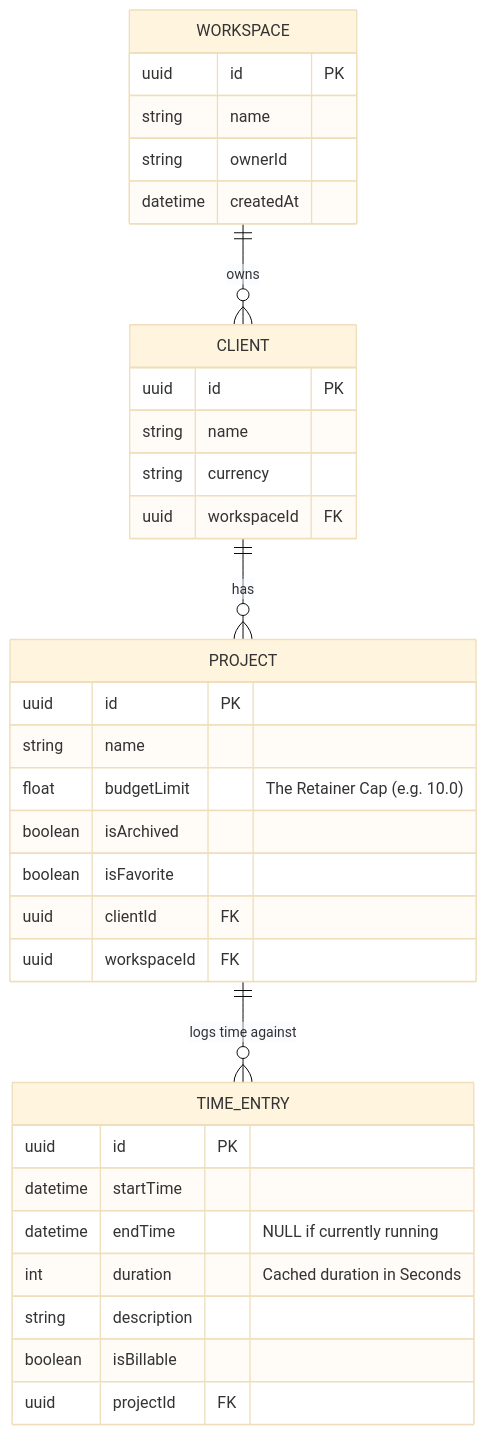
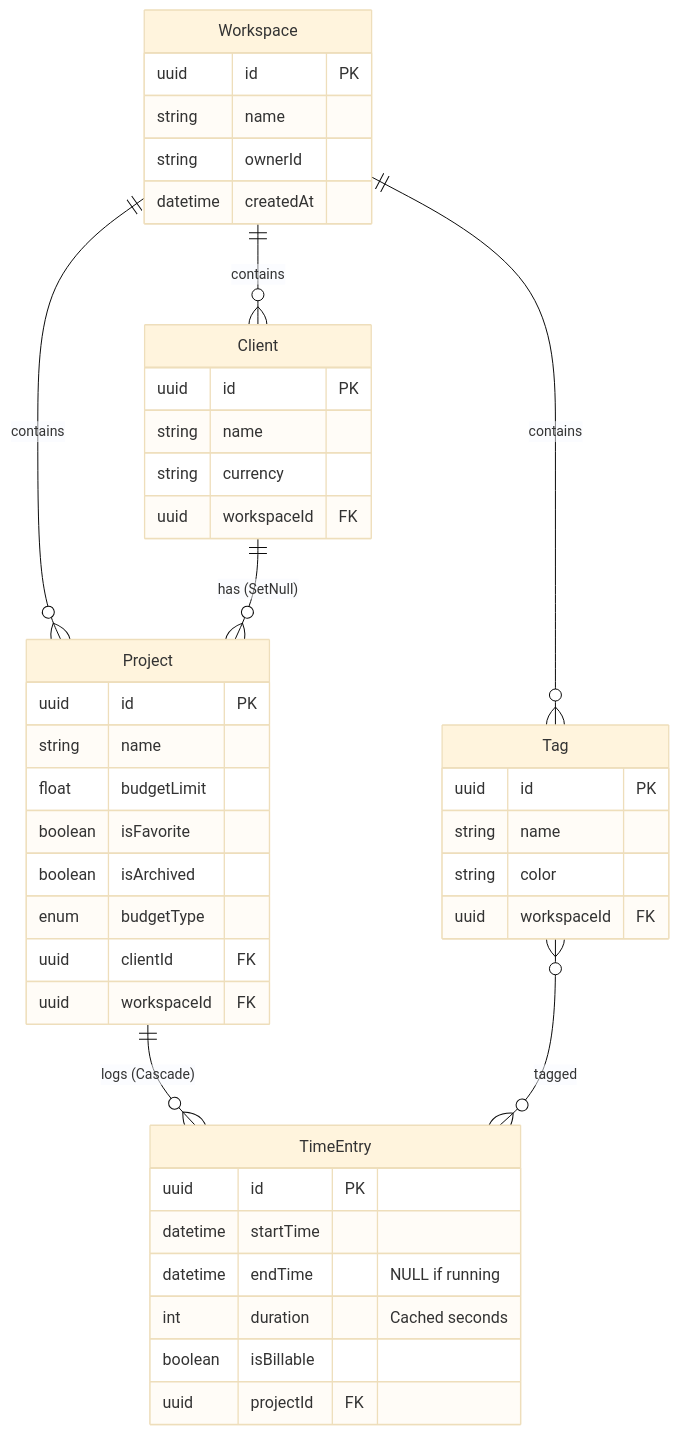
One commit to filio623/chronos changed the third of 8 diagrams in TECH_GUIDE.md. Above: the diagram before and after it, drawn with Mermaid (base theme). The commit also changed other lines of this file and 23 other files, not shown here.

````diff
--- a/TECH_GUIDE.md
+++ b/TECH_GUIDE.md
@@ -136,37 +142,53 @@
 ```mermaid
 erDiagram
-    WORKSPACE {
+    Workspace ||--o{ Client : contains
+    Workspace ||--o{ Project : contains
+    Workspace ||--o{ Tag : contains
+
+    Client ||--o{ Project : "has (SetNull)"
+
+    Project ||--o{ TimeEntry : "logs (Cascade)"
+
+    Tag }o--o{ TimeEntry : tagged
+
+    Workspace {
         uuid id PK
         string name
         string ownerId
         datetime createdAt
     }
-    CLIENT {
+
+    Client {
         uuid id PK
         string name
         string currency
         uuid workspaceId FK
     }
-    PROJECT {
+
+    Project {
         uuid id PK
         string name
-        float budgetLimit "The Retainer Cap (e.g. 10.0)"
+        float budgetLimit
+        boolean isFavorite
         boolean isArchived
-        boolean isFavorite
+        enum budgetType
         uuid clientId FK
         uuid workspaceId FK
     }
-    TIME_ENTRY {
+
+    TimeEntry {
         uuid id PK
         datetime startTime
-        datetime endTime "NULL if currently running"
-        int duration "Cached duration in Seconds"
-        string description
+        datetime endTime "NULL if running"
+        int duration "Cached seconds"
         boolean isBillable
         uuid projectId FK
     }
 
-    WORKSPACE ||--o{ CLIENT : owns
-    CLIENT ||--o{ PROJECT : has
-    PROJECT ||--o{ TIME_ENTRY : "logs time against"
+    Tag {
+        uuid id PK
+        string name
+        string color
+        uuid workspaceId FK
+    }
 ```
````
